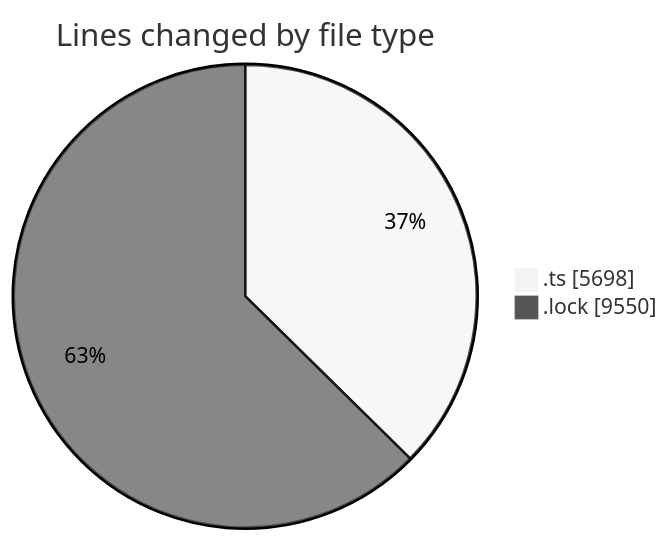
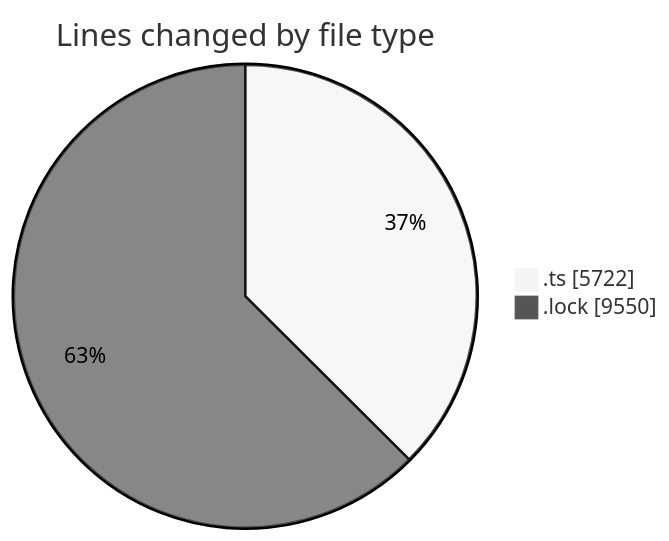
Before and after one commit to momahboobian/code-tracking: the first of 2 diagrams in 2025-10-30/cda/README.md, drawn with Mermaid (neutral theme). The commit also changed other lines of this file and 1 other file, not shown here.

````diff
--- a/2025-10-30/cda/README.md
+++ b/2025-10-30/cda/README.md
@@ -24,6 +24,6 @@
 ```mermaid
 pie showData
 title Lines changed by file type
-".ts" : 5698
+".ts" : 5722
 ".lock" : 9550
 ```
````
